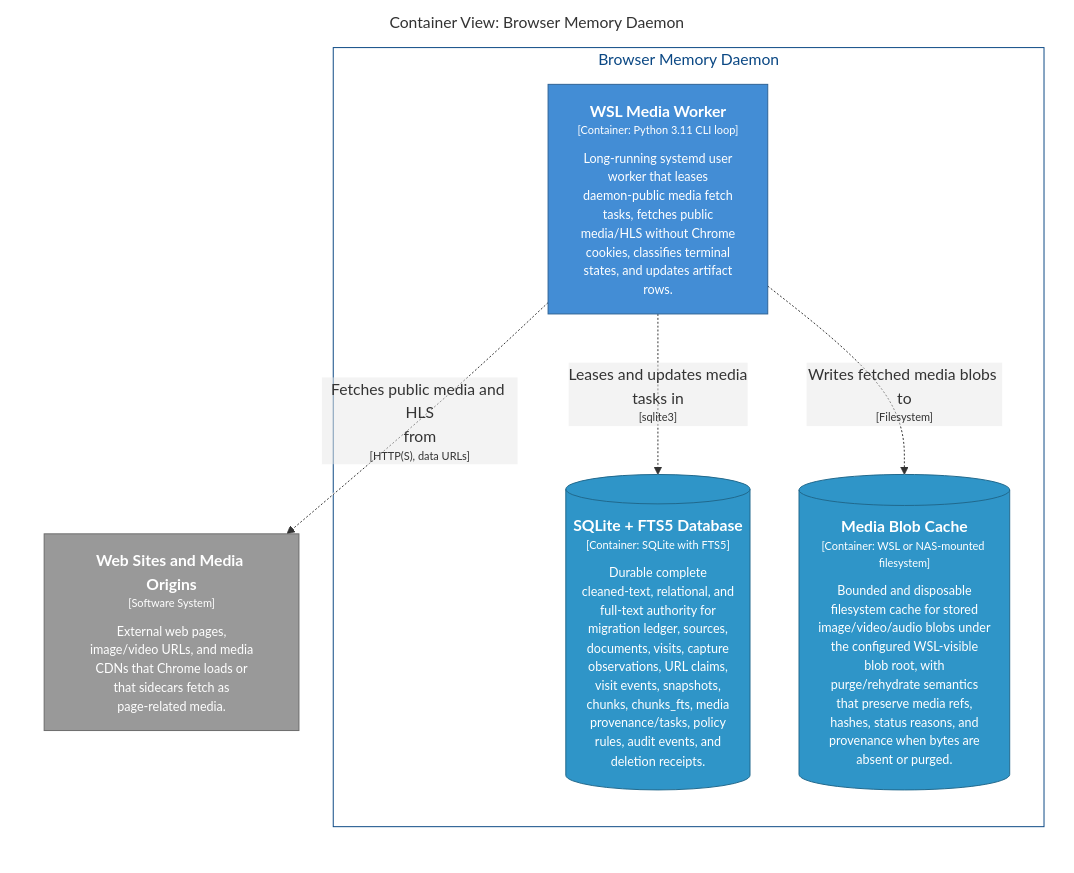
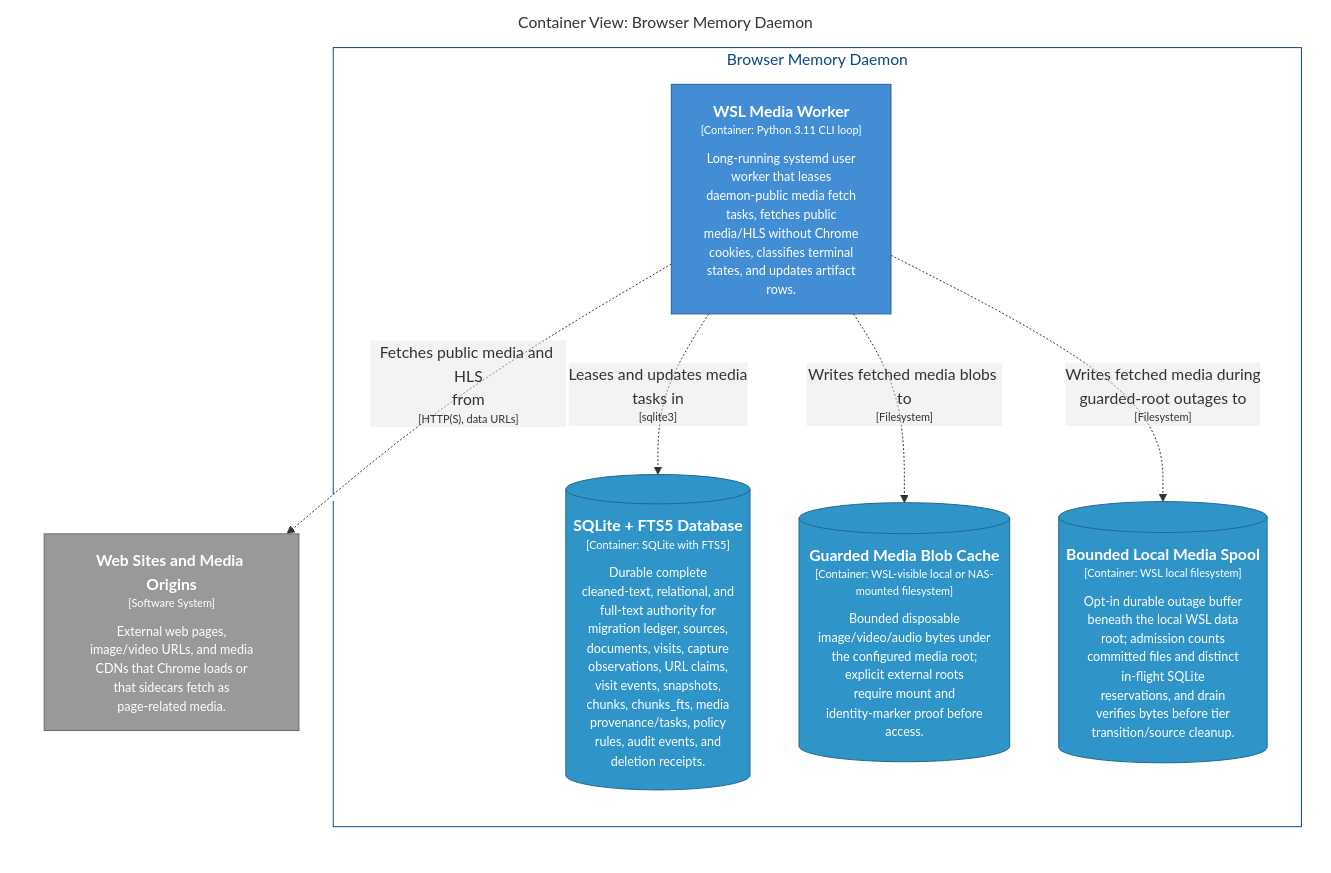
Before and after one commit to michaelnicks0/browser-memory-daemon: the diagram in docs/architecture/diagrams/markdown/DaemonMediaWorkerContainers.md, drawn with Mermaid. The commit also changed 184 other files, not shown here.

Commit message:
feat(storage): split media root and add bounded spool

````diff
--- a/docs/architecture/diagrams/markdown/DaemonMediaWorkerContainers.md
+++ b/docs/architecture/diagrams/markdown/DaemonMediaWorkerContainers.md
@@ -16,27 +16,30 @@
 ```mermaid
 graph LR
   linkStyle default fill:#ffffff
 
   subgraph diagram ["Container View: Browser Memory Daemon"]
     style diagram fill:#ffffff,stroke:#ffffff
 
     3["<div style='font-weight: bold'>Web Sites and Media Origins</div><div style='font-size: 70%; margin-top: 0px'>[Software System]</div><div style='font-size: 80%; margin-top:10px'>External web pages,<br />image/video URLs, and media<br />CDNs that Chrome loads or<br />that sidecars fetch as<br />page-related media.</div>"]
     style 3 fill:#999999,stroke:#6b6b6b,color:#ffffff
 
     subgraph 4 ["Browser Memory Daemon"]
       style 4 fill:#ffffff,stroke:#0b4884,color:#0b4884
 
       26["<div style='font-weight: bold'>WSL Media Worker</div><div style='font-size: 70%; margin-top: 0px'>[Container: Python 3.11 CLI loop]</div><div style='font-size: 80%; margin-top:10px'>Long-running systemd user<br />worker that leases<br />daemon-public media fetch<br />tasks, fetches public<br />media/HLS without Chrome<br />cookies, classifies terminal<br />states, and updates artifact<br />rows.</div>"]
       style 26 fill:#438dd5,stroke:#2e6295,color:#ffffff
       29[("<div style='font-weight: bold'>SQLite + FTS5 Database</div><div style='font-size: 70%; margin-top: 0px'>[Container: SQLite with FTS5]</div><div style='font-size: 80%; margin-top:10px'>Durable complete<br />cleaned-text, relational, and<br />full-text authority for<br />migration ledger, sources,<br />documents, visits, capture<br />observations, URL claims,<br />visit events, snapshots,<br />chunks, chunks_fts, media<br />provenance/tasks, policy<br />rules, audit events, and<br />deletion receipts.</div>")]
       style 29 fill:#2f95c8,stroke:#20688c,color:#ffffff
-      31[("<div style='font-weight: bold'>Media Blob Cache</div><div style='font-size: 70%; margin-top: 0px'>[Container: WSL or NAS-mounted filesystem]</div><div style='font-size: 80%; margin-top:10px'>Bounded and disposable<br />filesystem cache for stored<br />image/video/audio blobs under<br />the configured WSL-visible<br />blob root, with<br />purge/rehydrate semantics<br />that preserve media refs,<br />hashes, status reasons, and<br />provenance when bytes are<br />absent or purged.</div>")]
+      31[("<div style='font-weight: bold'>Guarded Media Blob Cache</div><div style='font-size: 70%; margin-top: 0px'>[Container: WSL-visible local or NAS-mounted filesystem]</div><div style='font-size: 80%; margin-top:10px'>Bounded disposable<br />image/video/audio bytes under<br />the configured media root;<br />explicit external roots<br />require mount and<br />identity-marker proof before<br />access.</div>")]
       style 31 fill:#2f95c8,stroke:#20688c,color:#ffffff
+      32[("<div style='font-weight: bold'>Bounded Local Media Spool</div><div style='font-size: 70%; margin-top: 0px'>[Container: WSL local filesystem]</div><div style='font-size: 80%; margin-top:10px'>Opt-in durable outage buffer<br />beneath the local WSL data<br />root; admission counts<br />committed files and distinct<br />in-flight SQLite<br />reservations, and drain<br />verifies bytes before tier<br />transition/source cleanup.</div>")]
+      style 32 fill:#2f95c8,stroke:#20688c,color:#ffffff
     end
 
     26-. "<div>Leases and updates media<br />tasks in</div><div style='font-size: 70%'>[sqlite3]</div>" .->29
     26-. "<div>Fetches public media and HLS<br />from</div><div style='font-size: 70%'>[HTTP(S), data URLs]</div>" .->3
     26-. "<div>Writes fetched media blobs to</div><div style='font-size: 70%'>[Filesystem]</div>" .->31
+    26-. "<div>Writes fetched media during<br />guarded-root outages to</div><div style='font-size: 70%'>[Filesystem]</div>" .->32
 
   end
 ```
````
